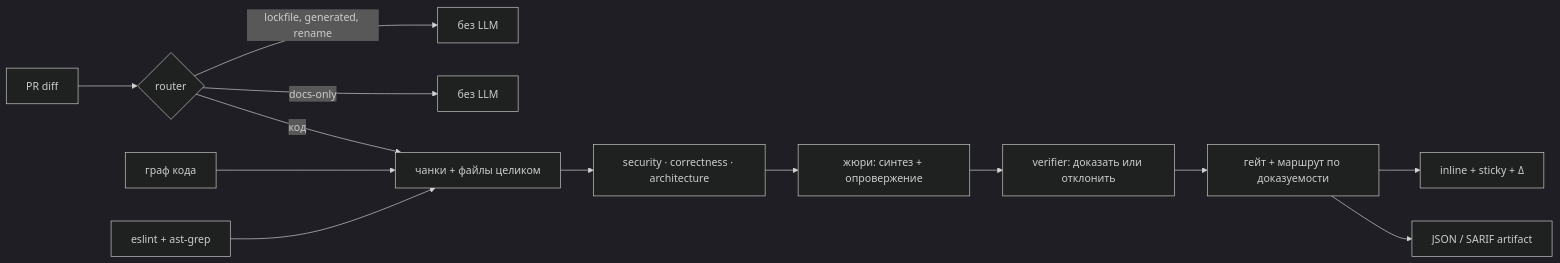
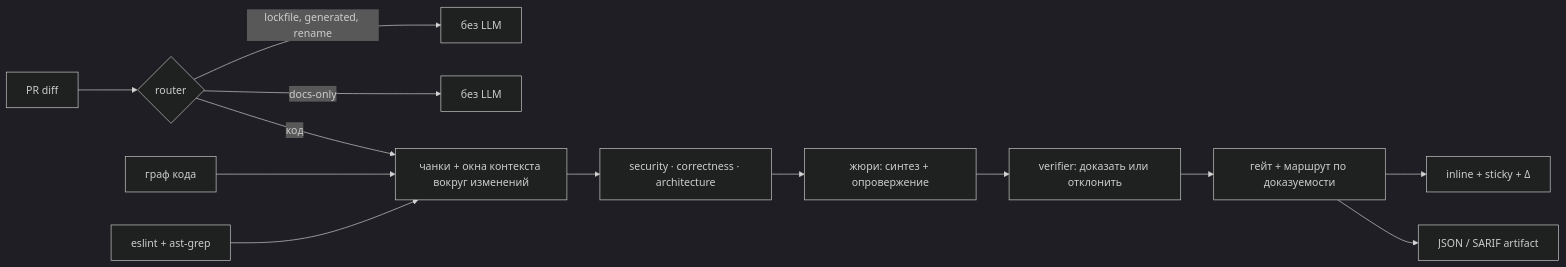
The diagram in README.md (Orange-hanter/ai-reviewer), drawn with Mermaid (dark theme) before and after one commit. The commit also changed other lines of this file and 21 other files, not shown here.

````diff
--- a/README.md
+++ b/README.md
@@ -106,15 +106,15 @@
 ```mermaid
 flowchart LR
   DIFF[PR diff] --> ROUTE{router}
   ROUTE -->|lockfile, generated, rename| SKIP[без LLM]
   ROUTE -->|docs-only| LIGHT[без LLM]
-  ROUTE -->|код| CHUNK[чанки + файлы целиком]
+  ROUTE -->|код| CHUNK[чанки + окна контекста вокруг изменений]
   GRAPH[граф кода] --> CHUNK
   PRE[eslint + ast-grep] --> CHUNK
   CHUNK --> SPEC[security · correctness · architecture]
   SPEC --> JURY[жюри: синтез + опровержение]
   JURY --> VER[verifier: доказать или отклонить]
   VER --> GATE[гейт + маршрут по доказуемости]
   GATE --> PR[inline + sticky + Δ]
   GATE --> ART[JSON / SARIF artifact]
 ```
````
